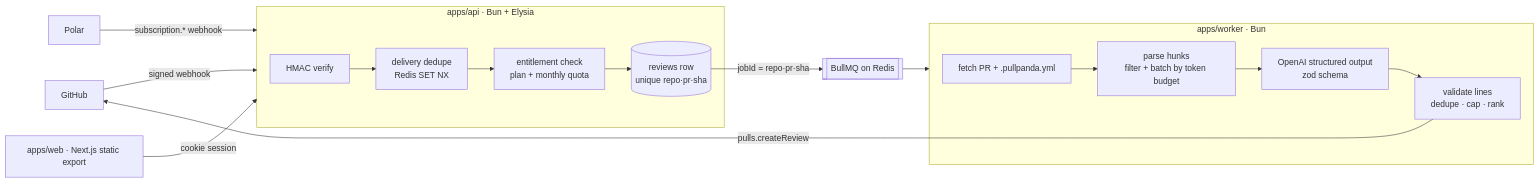
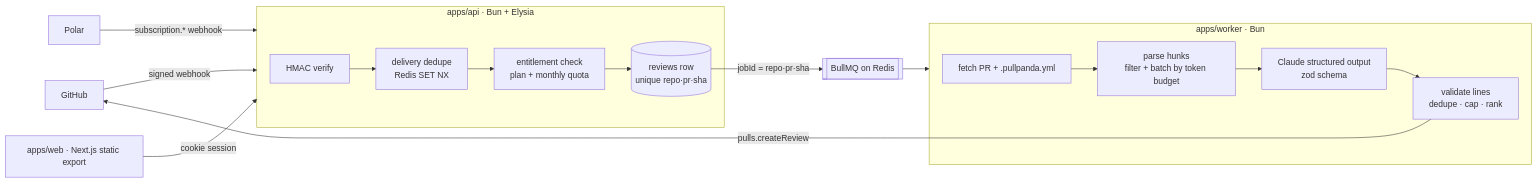
Before and after one commit to sharibkabani/PullPanda: the diagram in README.md, drawn with Mermaid. The commit also changed other lines of this file and 15 other files, not shown here.

First line of the commit message:
Review with Claude by default; OpenAI stays configurable

````diff
--- a/README.md
+++ b/README.md
@@ -7,15 +7,15 @@
 ```mermaid
 flowchart LR
   GH[GitHub] -- "signed webhook" --> API
   subgraph API["apps/api · Bun + Elysia"]
     V[HMAC verify] --> D[delivery dedupe<br/>Redis SET NX] --> E[entitlement check<br/>plan + monthly quota] --> R[(reviews row<br/>unique repo·pr·sha)]
   end
   R -- "jobId = repo·pr·sha" --> Q[[BullMQ on Redis]]
   Q --> W
   subgraph W["apps/worker · Bun"]
-    F[fetch PR + .pullpanda.yml] --> P[parse hunks<br/>filter + batch by token budget] --> L[OpenAI structured output<br/>zod schema] --> X[validate lines<br/>dedupe · cap · rank]
+    F[fetch PR + .pullpanda.yml] --> P[parse hunks<br/>filter + batch by token budget] --> L[Claude structured output<br/>zod schema] --> X[validate lines<br/>dedupe · cap · rank]
   end
   X -- "pulls.createReview" --> GH
   Polar -- "subscription.* webhook" --> API
   Web["apps/web · Next.js static export"] -- "cookie session" --> API
 ```
````
